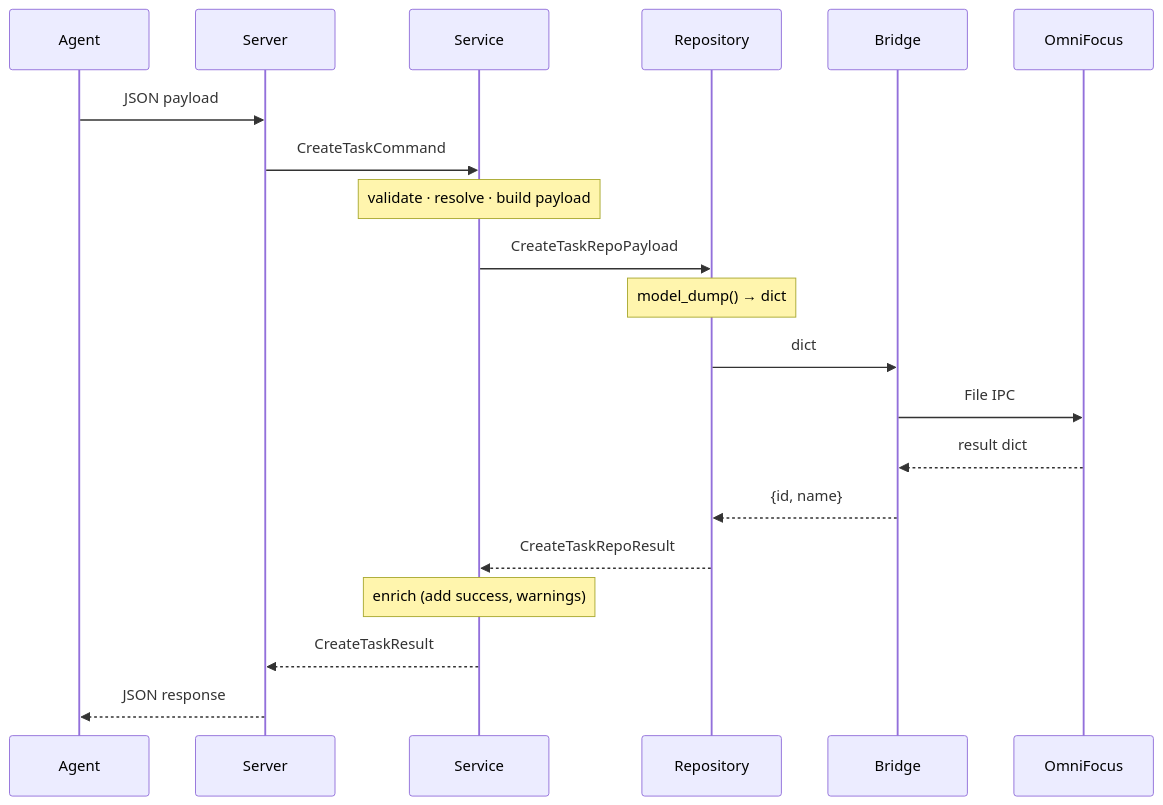
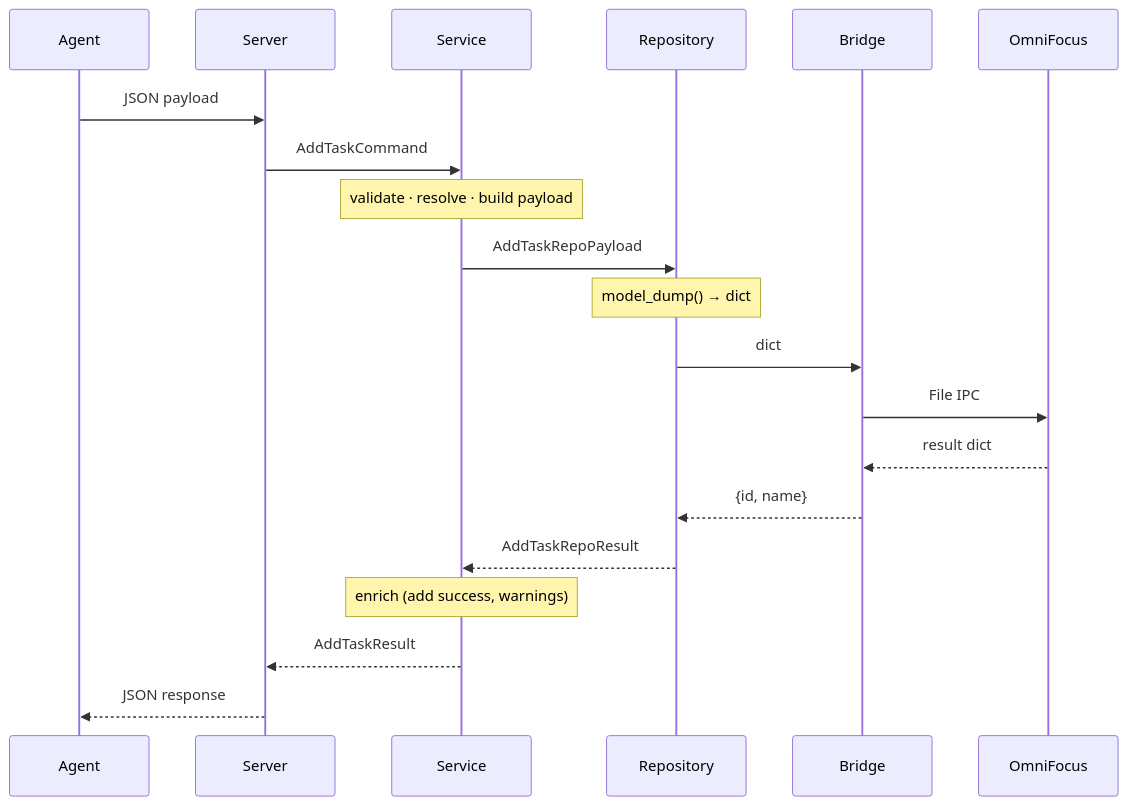
The third of 5 diagrams in docs/architecture.md (HelloThisIsFlo/omnifocus-operator), drawn with Mermaid before and after one commit. The commit also changed other lines of this file and 15 other files, not shown here.

First line of the commit message:
refactor: rename CreateTask* to AddTask* across codebase

````diff
--- a/docs/architecture.md
+++ b/docs/architecture.md
@@ -130,23 +130,23 @@
 ```mermaid
 sequenceDiagram
     participant A as Agent
     participant S as Server
     participant Svc as Service
     participant R as Repository
     participant B as Bridge
     participant OF as OmniFocus
 
     A->>S: JSON payload
-    S->>Svc: CreateTaskCommand
+    S->>Svc: AddTaskCommand
     Note over Svc: validate · resolve · build payload
-    Svc->>R: CreateTaskRepoPayload
+    Svc->>R: AddTaskRepoPayload
     Note over R: model_dump() → dict
     R->>B: dict
     B->>OF: File IPC
     OF-->>B: result dict
     B-->>R: {id, name}
-    R-->>Svc: CreateTaskRepoResult
+    R-->>Svc: AddTaskRepoResult
     Note over Svc: enrich (add success, warnings)
-    Svc-->>S: CreateTaskResult
+    Svc-->>S: AddTaskResult
     S-->>A: JSON response
 ```
````
